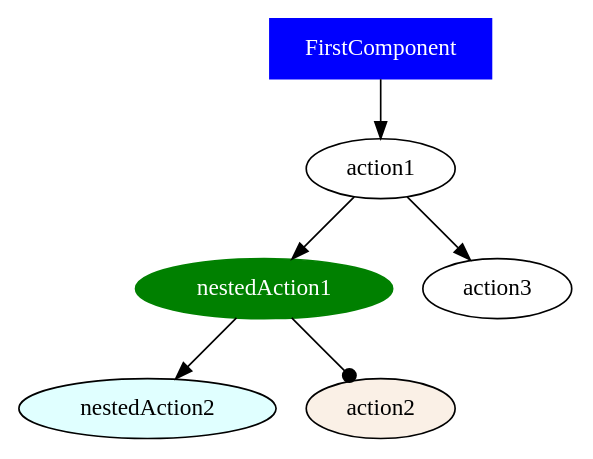
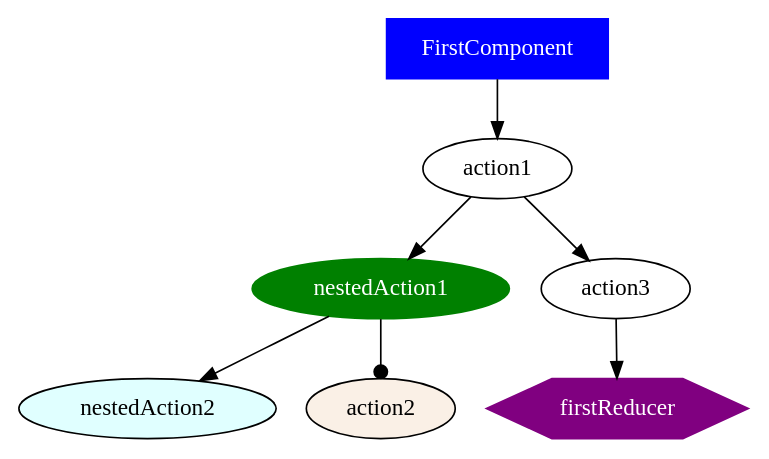
The diagram in docs/examples/case2/nestedAction1.dot (ammarnajjar/ngrx-graph), drawn with Graphviz before and after one commit. The commit also changed 13 other files, not shown here.

Commit message:
add firstReducer and update action flow in case1 and case2 examples

```diff
--- a/docs/examples/case2/nestedAction1.dot
+++ b/docs/examples/case2/nestedAction1.dot
@@ -1,12 +1,14 @@
 digraph {
 FirstComponent [shape="box", color=blue, fillcolor=blue, fontcolor=white, style=filled]
 FirstComponent -> action1
 nestedAction1 [color=black, fillcolor=lightcyan, fontcolor=black, style=filled]
 nestedAction1 [color=green, fillcolor=green, fontcolor=white, style=filled]
 nestedAction2 [color=black, fillcolor=lightcyan, fontcolor=black, style=filled]
 nestedAction1 -> nestedAction2
 action1 -> nestedAction1
 action1 -> action3
 action2 [fillcolor=linen, style=filled]
 nestedAction1 -> action2 [arrowhead=dot]
+firstReducer [shape="hexagon", color=purple, fillcolor=purple, fontcolor=white, style=filled]
+action3 -> firstReducer
 }
```
